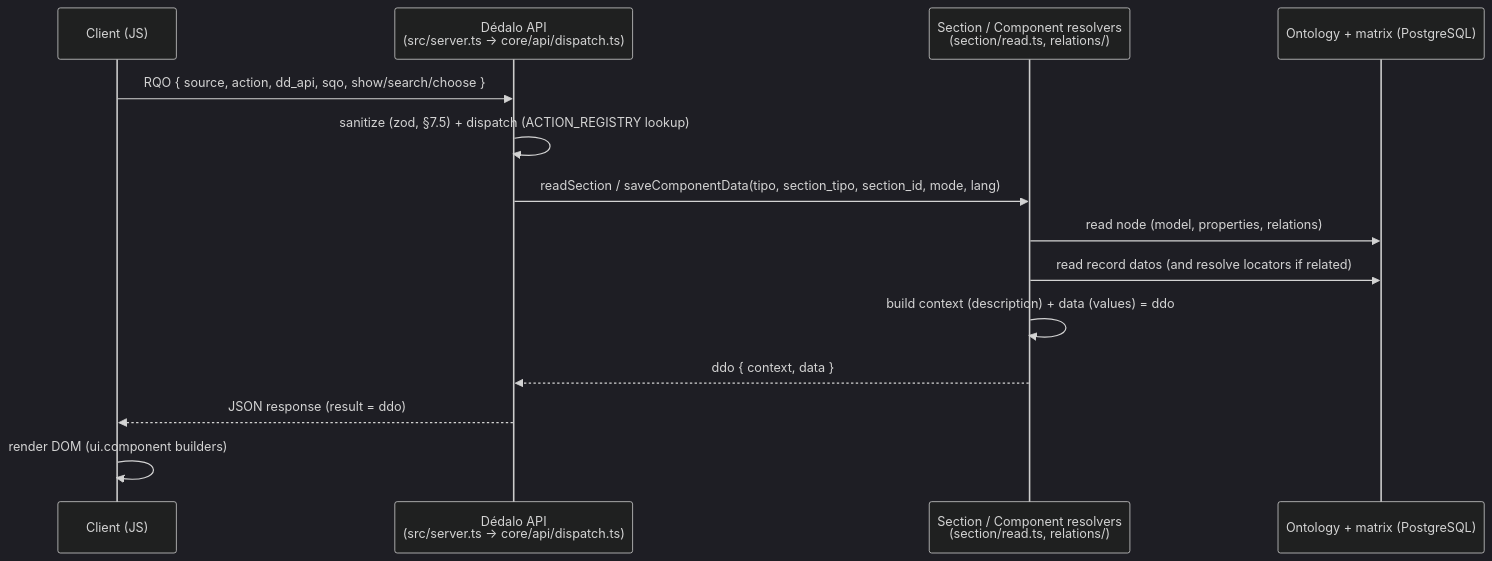
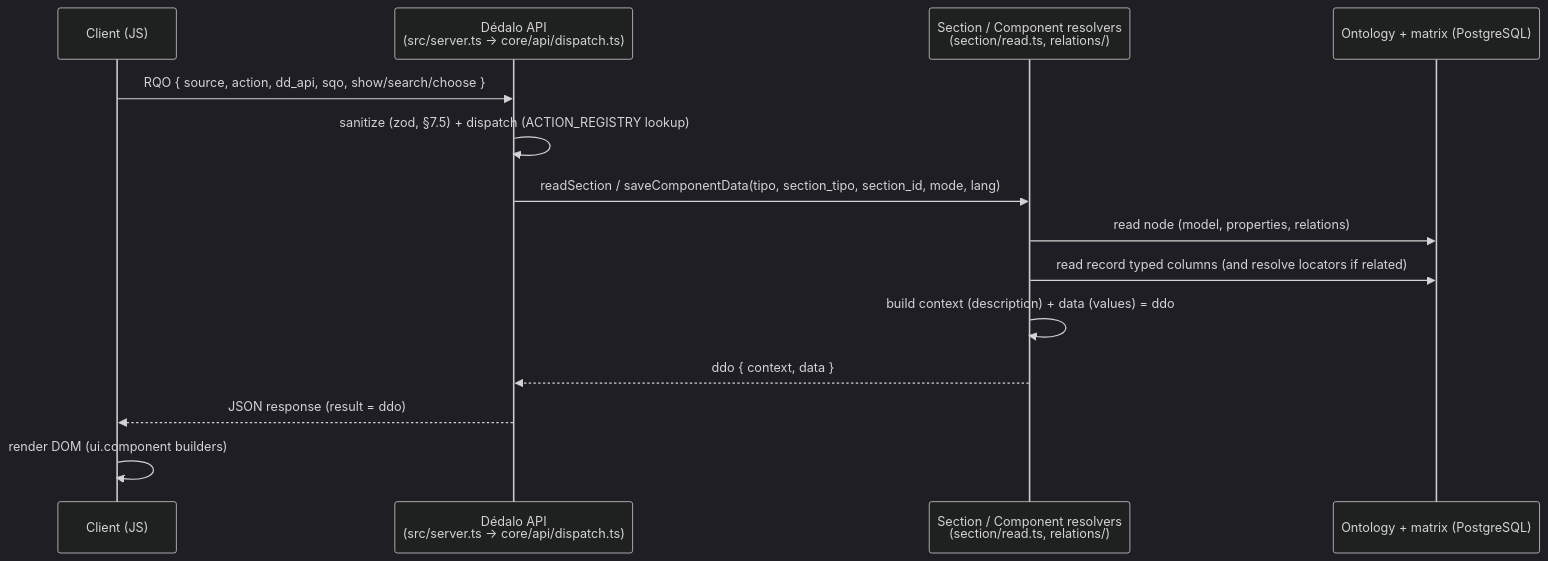
Before and after one commit to dedalia-org/dedalo: the sixth of 6 diagrams in docs/core/architecture_overview.md, drawn with Mermaid (dark theme). The commit also changed other lines of this file and 22 other files, not shown here.

````diff
--- a/docs/core/architecture_overview.md
+++ b/docs/core/architecture_overview.md
@@ -445,16 +454,16 @@
 ```mermaid
 sequenceDiagram
     participant C as Client (JS)
     participant API as Dédalo API<br/>(src/server.ts → core/api/dispatch.ts)
     participant SRV as Section / Component resolvers<br/>(section/read.ts, relations/)
     participant ONT as Ontology + matrix (PostgreSQL)
     C->>API: RQO { source, action, dd_api, sqo, show/search/choose }
     API->>API: sanitize (zod, §7.5) + dispatch (ACTION_REGISTRY lookup)
     API->>SRV: readSection / saveComponentData(tipo, section_tipo, section_id, mode, lang)
     SRV->>ONT: read node (model, properties, relations)
-    SRV->>ONT: read record datos (and resolve locators if related)
+    SRV->>ONT: read record typed columns (and resolve locators if related)
     SRV->>SRV: build context (description) + data (values) = ddo
     SRV-->>API: ddo { context, data }
     API-->>C: JSON response (result = ddo)
     C->>C: render DOM (ui.component builders)
 ```
````
